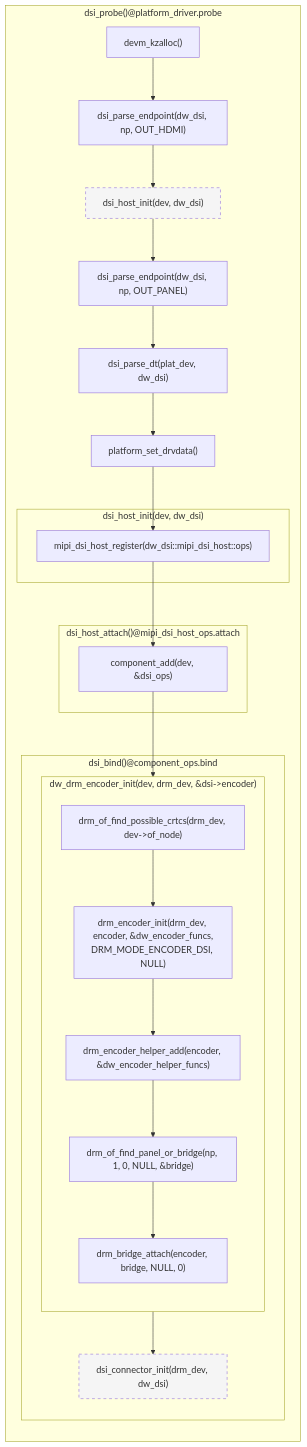
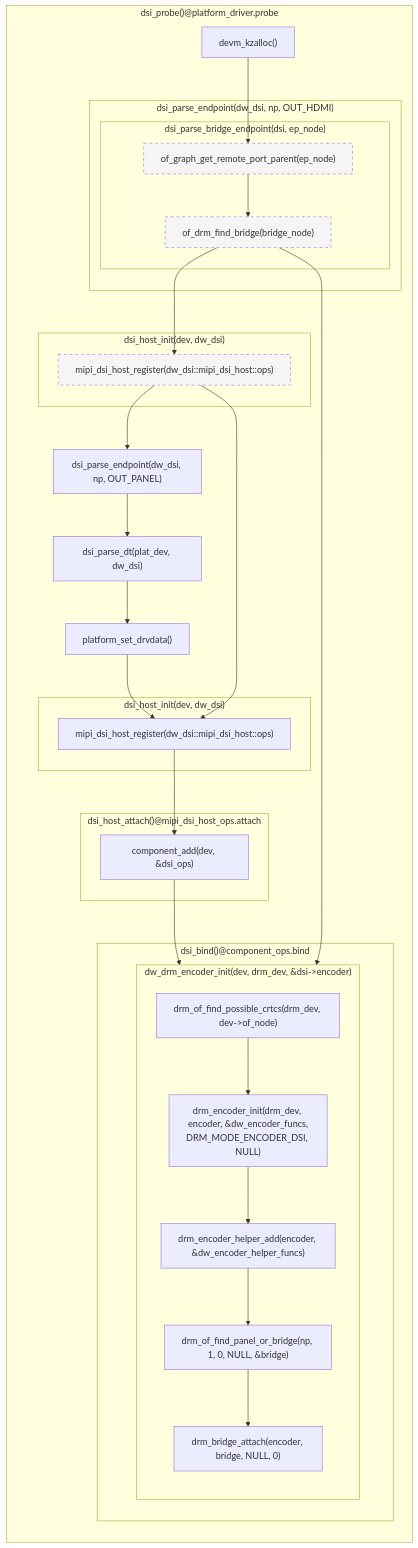
One commit to lucmann/lucmann.github.io changed the third of 3 diagrams in source/_posts/hw/hikey970.md. Above: the diagram before and after it, drawn with Mermaid.

Commit message:
hw: hikey970: adjust probe order

````diff
--- a/source/_posts/hw/hikey970.md
+++ b/source/_posts/hw/hikey970.md
@@ -322,34 +322,42 @@
 ```mermaid
 flowchart TB
     subgraph "dsi_probe()@platform_driver.probe"
         direction TB
         A["devm_kzalloc()"]
-        B["dsi_parse_endpoint(dw_dsi, np, OUT_HDMI)"]
-        B1["dsi_host_init(dev, dw_dsi)"]
+        subgraph "dsi_parse_endpoint(dw_dsi, np, OUT_HDMI)"
+            subgraph "dsi_parse_bridge_endpoint(dsi, ep_node)"
+                B["of_graph_get_remote_port_parent(ep_node)"]
+                B_["of_drm_find_bridge(bridge_node)"]
+            end
+        end
+        subgraph "dsi_host_init(dev, dw_dsi)"
+            B1["mipi_dsi_host_register(dw_dsi::mipi_dsi_host::ops)"]
+        end
         C["dsi_parse_endpoint(dw_dsi, np, OUT_PANEL)"]
         D["dsi_parse_dt(plat_dev, dw_dsi)"]
         E["platform_set_drvdata()"]
         subgraph "dsi_host_init(dev, dw_dsi)"
             F1["mipi_dsi_host_register(dw_dsi::mipi_dsi_host::ops)"]
         end
         subgraph "dsi_host_attach()@mipi_dsi_host_ops.attach"
             G1["component_add(dev, &dsi_ops)"]
         end
         subgraph "dsi_bind()@component_ops.bind"
             subgraph "dw_drm_encoder_init(dev, drm_dev, &dsi->encoder)"
                 direction TB
                 H11["drm_of_find_possible_crtcs(drm_dev, dev->of_node)"]
                 H12["drm_encoder_init(drm_dev, encoder, &dw_encoder_funcs,<br/>DRM_MODE_ENCODER_DSI, NULL)"]
                 H13["drm_encoder_helper_add(encoder, &dw_encoder_helper_funcs)"]
                 H14["drm_of_find_panel_or_bridge(np, 1, 0, NULL, &bridge)"]
                 H15["drm_bridge_attach(encoder, bridge, NULL, 0)"]
             end
-            H2["dsi_connector_init(drm_dev, dw_dsi)"]
         end
 
+        style B  fill: #f5f5f5, stroke-dasharray: 5,5
+        style B_ fill: #f5f5f5, stroke-dasharray: 5,5
         style B1 fill: #f5f5f5, stroke-dasharray: 5,5
-        style H2 fill: #f5f5f5, stroke-dasharray: 5,5
     end
-
-    A --> B --> B1 --> C --> D --> E --> F1 --> G1 --> H11 --> H12 --> H13 --> H14 --> H15 --> H2  
+    A --> B --> B_ --> B1 --> C --> D --> E --> F1 --> G1 --> H11 --> H12 --> H13 --> H14 --> H15
+    B1 --> F1
+    B_ --> H14
 ```
````
